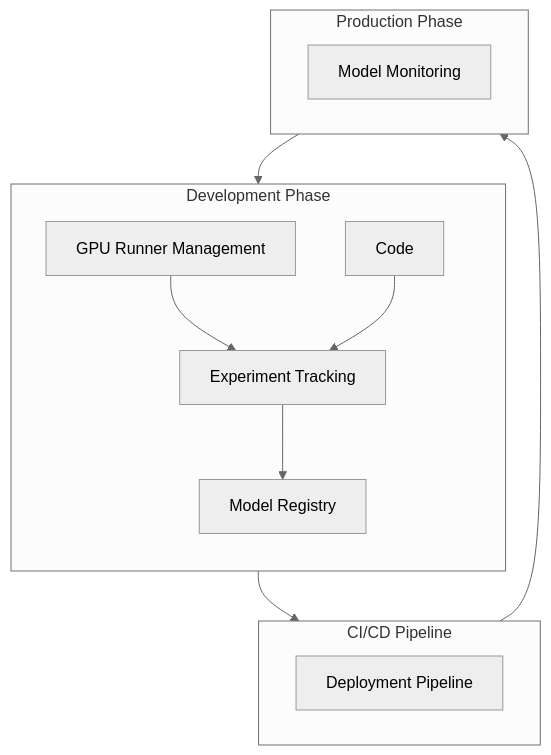
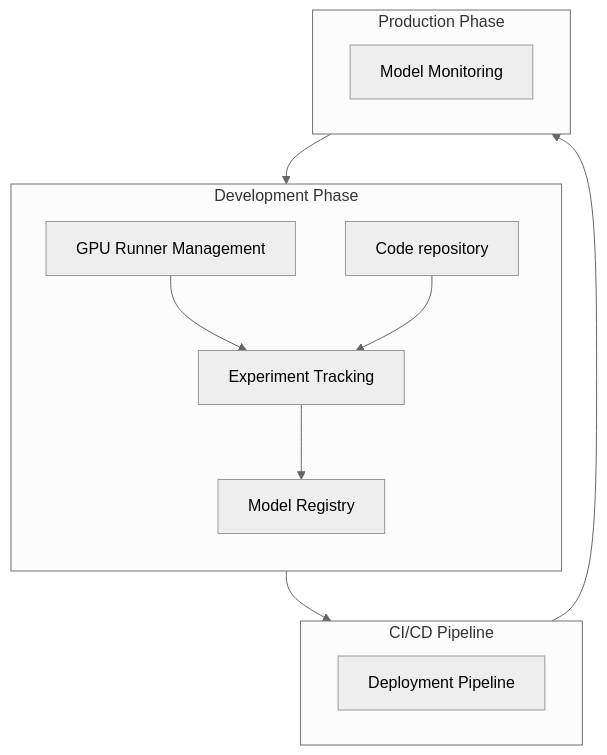
The diagram in content/handbook/engineering/architecture/design-documents/mlops/_index.md (zalyoung/gitlab-handbook), drawn with Mermaid (neutral theme) before and after one commit. The commit also changed other lines of this file, not shown here.

````diff
--- a/content/handbook/engineering/architecture/design-documents/mlops/_index.md
+++ b/content/handbook/engineering/architecture/design-documents/mlops/_index.md
@@ -66,25 +66,25 @@
 ```mermaid
 graph TB
     subgraph DevPhase["Development Phase"]
         direction TB
         A1[Experiment Tracking]
         A2[Model Registry]
         A3[GPU Runner Management]
-        A4[Code]
+        A4[Code repository]
     end
 
     subgraph CiCd["CI/CD Pipeline"]
         B4[Deployment Pipeline]
     end
 
     subgraph Prod["Production Phase"]
         C2[Model Monitoring]
     end
 
     A1 --> A2
     DevPhase --> CiCd
     A3 --> A1
     A4 --> A1
     CiCd --> Prod
     Prod --> DevPhase
 ```
````
